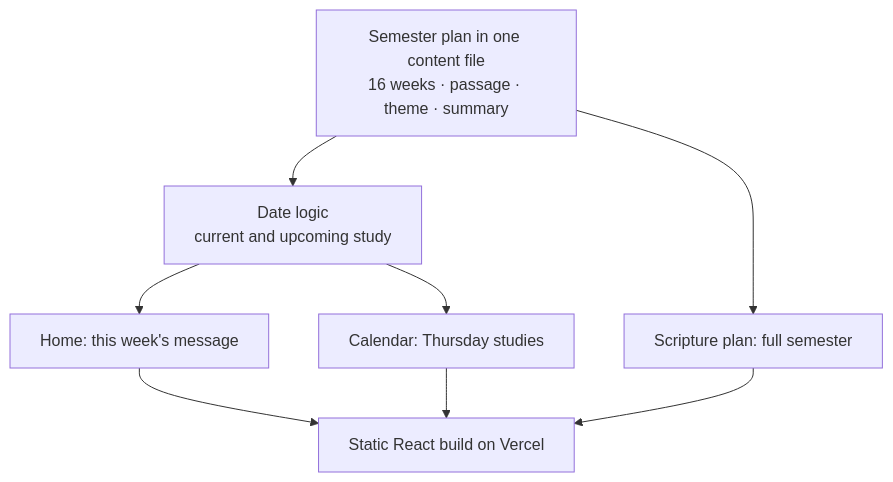
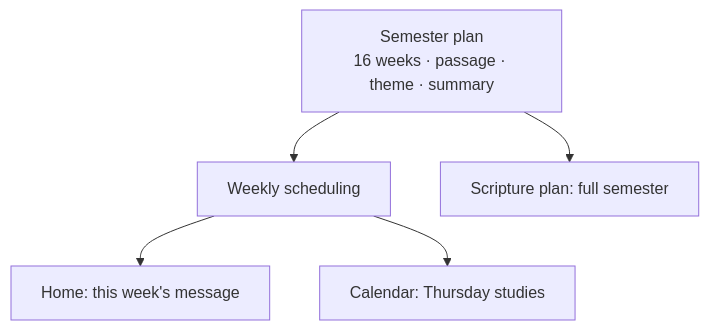
Before and after one commit to DavisHiggins/Chaplain-Platform: the diagram in README.md, drawn with Mermaid. The commit also changed other lines of this file and 7 other files, not shown here.

````diff
--- a/README.md
+++ b/README.md
@@ -47,8 +53,7 @@
 ```mermaid
 flowchart TB
-    C[Semester plan in one content file<br/>16 weeks · passage · theme · summary] --> D[Date logic<br/>current and upcoming study]
+    C[Semester plan<br/>16 weeks · passage · theme · summary] --> D[Weekly scheduling]
     D --> H[Home: this week's message]
     D --> K[Calendar: Thursday studies]
     C --> S[Scripture plan: full semester]
-    H & K & S --> V[Static React build on Vercel]
 ```
````
